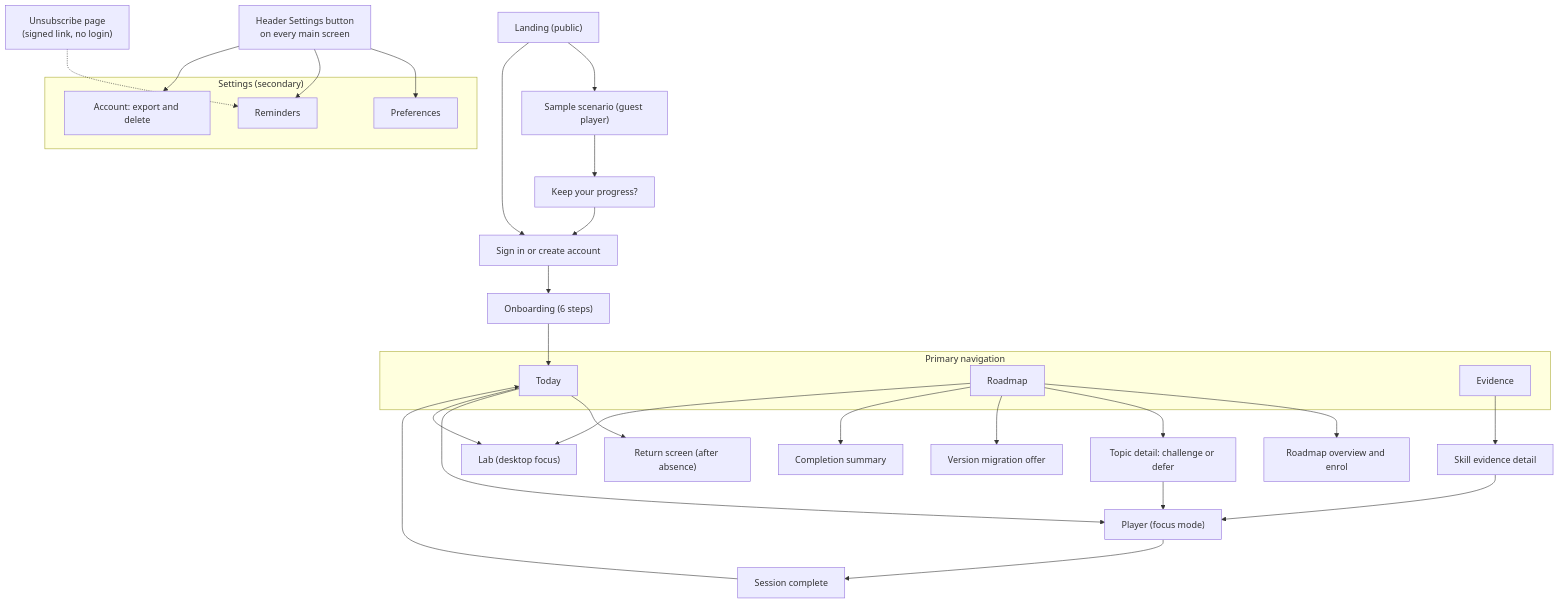
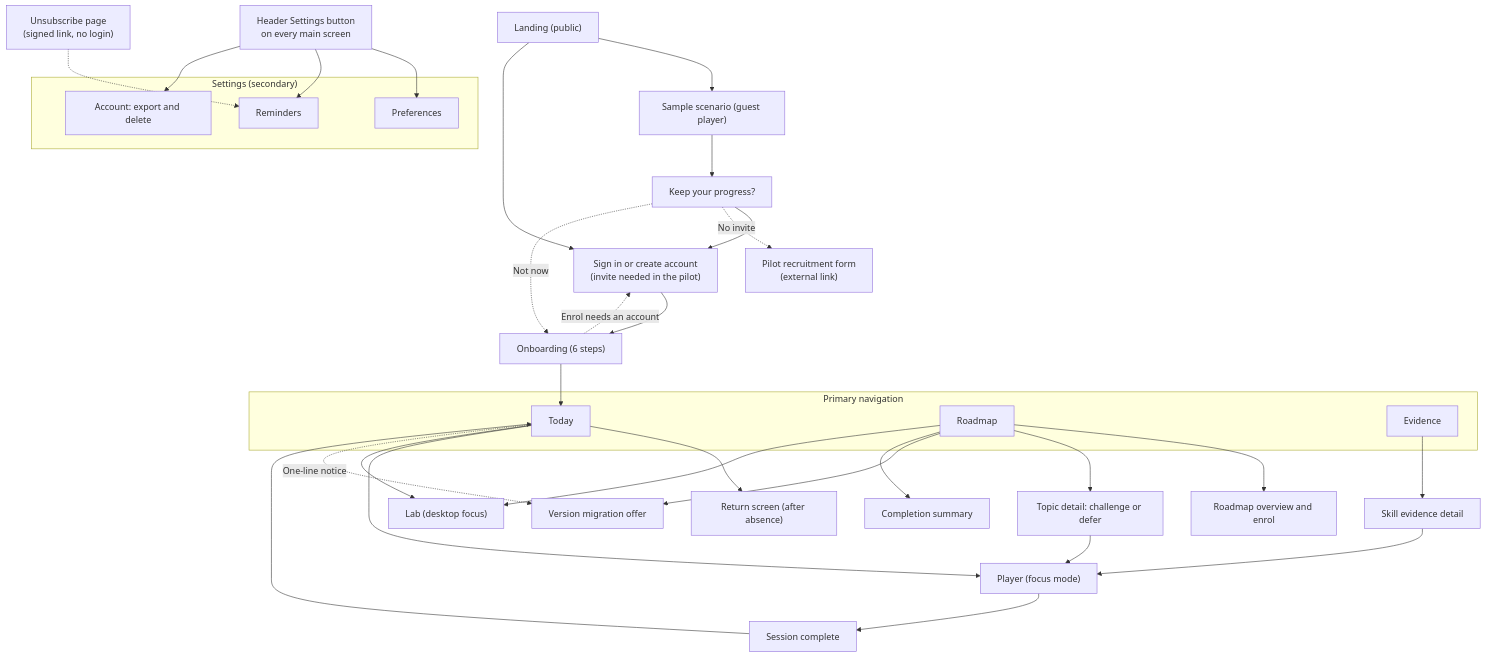
One commit to GhanshyamSoni68/app_idea changed the first of 12 diagrams in devstep/docs/08-ux-and-screens.md. Above: the diagram before and after it, drawn with Mermaid. The commit also changed other lines of this file and 3 other files, not shown here.

````diff
--- a/devstep/docs/08-ux-and-screens.md
+++ b/devstep/docs/08-ux-and-screens.md
@@ -36,36 +36,40 @@
 ```mermaid
 flowchart TD
   subgraph NAV["Primary navigation"]
     S06["Today"]
     S10["Roadmap"]
     S15["Evidence"]
   end
   subgraph SET["Settings (secondary)"]
     S18["Preferences"]
     S19["Reminders"]
     S20["Account: export and delete"]
   end
   S01["Landing (public)"] --> S02["Sample scenario (guest player)"]
   S02 --> S03["Keep your progress?"]
-  S03 --> S04["Sign in or create account"]
+  S03 --> S04["Sign in or create account<br/>(invite needed in the pilot)"]
+  S03 -.->|No invite| EXT["Pilot recruitment form<br/>(external link)"]
+  S03 -.->|Not now| S05
   S01 --> S04
   S04 --> S05["Onboarding (6 steps)"]
+  S05 -.->|Enrol needs an account| S04
   S05 --> S06
   S06 --> S07["Return screen (after absence)"]
   S06 --> S08["Player (focus mode)"]
   S08 --> S09["Session complete"]
   S09 --> S06
   S06 --> S17["Lab (desktop focus)"]
   S10 --> S11["Roadmap overview and enrol"]
   S10 --> S12["Topic detail: challenge or defer"]
   S10 --> S13["Version migration offer"]
+  S06 -.->|One-line notice| S13
   S10 --> S14["Completion summary"]
   S10 --> S17
   S12 --> S08
   S15 --> S16["Skill evidence detail"]
   S16 --> S08
   HDR["Header Settings button<br/>on every main screen"] --> S18
   HDR --> S19
   HDR --> S20
   S21["Unsubscribe page<br/>(signed link, no login)"] -.-> S19
 ```
````
